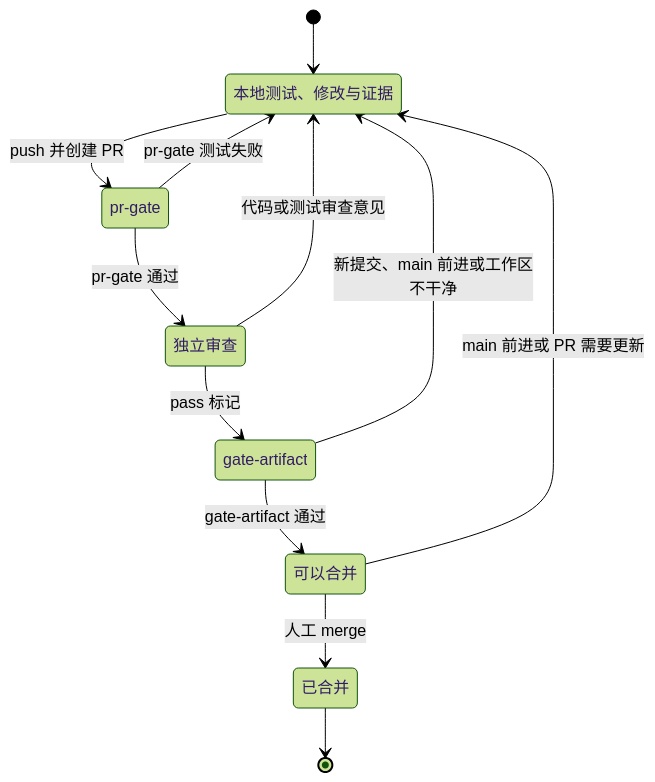
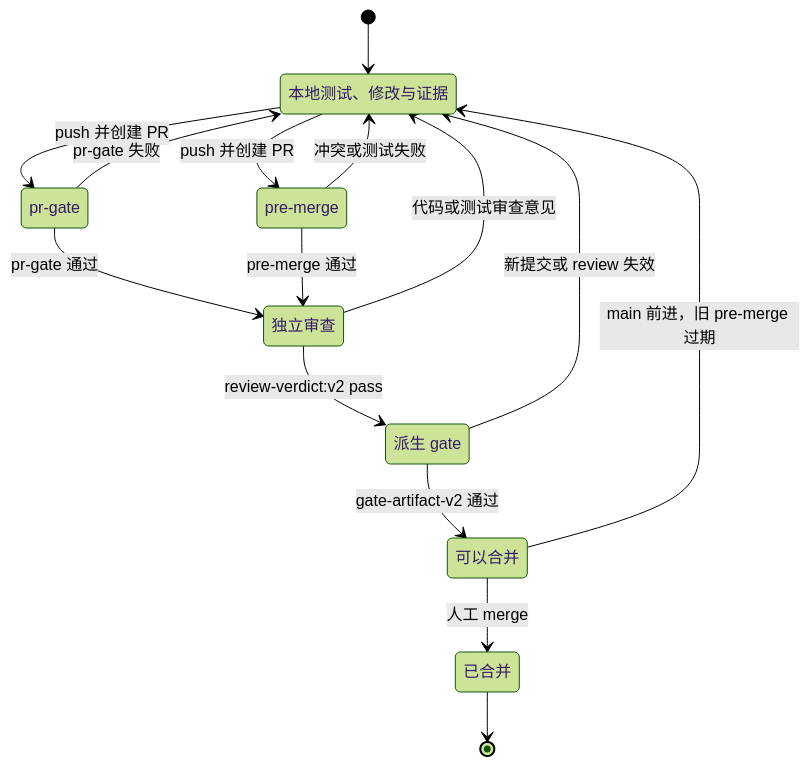
The fourth of 4 diagrams in docs/github-workflow.md (leigangzhang/dsh-cowork), drawn with Mermaid (forest theme) before and after one commit. The commit also changed other lines of this file and 24 other files, not shown here.

First line of the commit message:
ci(policy): add pre-merge and derived gate

````diff
--- a/docs/github-workflow.md
+++ b/docs/github-workflow.md
@@ -397,21 +431,25 @@
 ```mermaid
 stateDiagram-v2
   state "本地测试、修改与证据" as Local
   state "pr-gate" as PRGate
+  state "pre-merge" as PreMerge
   state "独立审查" as Review
-  state "gate-artifact" as Gate
+  state "派生 gate" as Gate
   state "可以合并" as Ready
   state "已合并" as Merged
 
   [*] --> Local
   Local --> PRGate: push 并创建 PR
-  PRGate --> Local: pr-gate 测试失败
+  Local --> PreMerge: push 并创建 PR
+  PRGate --> Local: pr-gate 失败
+  PreMerge --> Local: 冲突或测试失败
   PRGate --> Review: pr-gate 通过
+  PreMerge --> Review: pre-merge 通过
   Review --> Local: 代码或测试审查意见
-  Review --> Gate: pass 标记
-  Gate --> Local: 新提交、main 前进或工作区不干净
-  Gate --> Ready: gate-artifact 通过
-  Ready --> Local: main 前进或 PR 需要更新
+  Review --> Gate: review-verdict:v2 pass
+  Gate --> Local: 新提交或 review 失效
+  Gate --> Ready: gate-artifact-v2 通过
+  Ready --> Local: main 前进，旧 pre-merge 过期
   Ready --> Merged: 人工 merge
   Merged --> [*]
 ```
````
